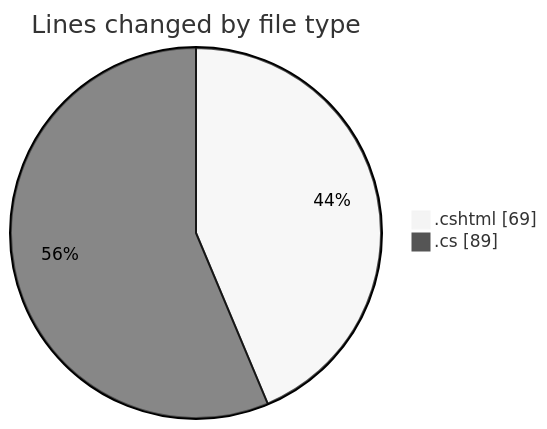
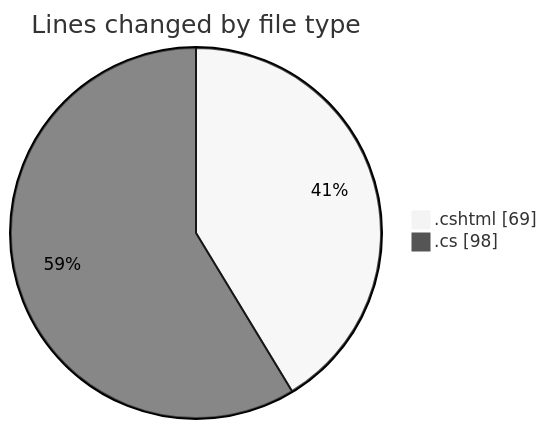
Before and after one commit to lephambinh05/code-tracking: the first of 2 diagrams in 2025-07-18/nhahang/README.md, drawn with Mermaid (neutral theme). The commit also changed other lines of this file and 1 other file, not shown here.

````diff
--- a/2025-07-18/nhahang/README.md
+++ b/2025-07-18/nhahang/README.md
@@ -26,6 +26,6 @@
 ```mermaid
 pie showData
 title Lines changed by file type
 ".cshtml" : 69
-".cs" : 89
+".cs" : 98
 ```
````
